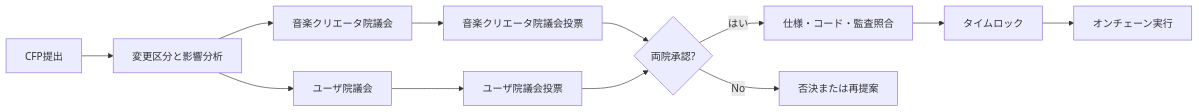
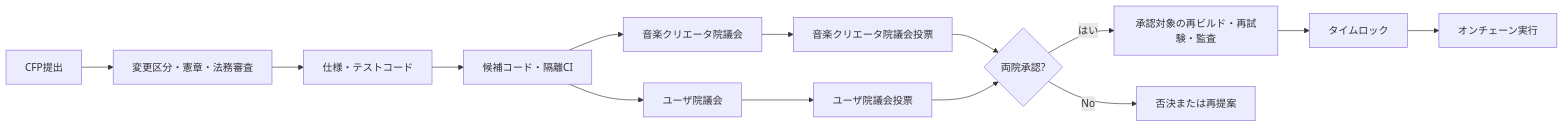
One commit to ShigeichiroYamasaki/creator-first-platform changed the first of 2 diagrams in docs/governance/index.md. Above: the diagram before and after it, drawn with Mermaid. The commit also changed other lines of this file and 23 other files, not shown here.

````diff
--- a/docs/governance/index.md
+++ b/docs/governance/index.md
@@ -26,19 +26,21 @@
 ```mermaid
 flowchart LR
     CFP[CFP提出]
-    CLASS[変更区分と影響分析]
+    PRE[変更区分・憲章・法務審査]
+    SPEC[仕様・テストコード]
+    CANDIDATE[候補コード・隔離CI]
     CH[音楽クリエータ院議会]
     UH[ユーザ院議会]
     CV[音楽クリエータ院議会投票]
     UV[ユーザ院議会投票]
     JOINT{両院承認?}
-    VERIFY[仕様・コード・監査照合]
+    VERIFY[承認対象の再ビルド・再試験・監査]
     TIME[タイムロック]
     EXEC[オンチェーン実行]
 
-    CFP --> CLASS
-    CLASS --> CH --> CV --> JOINT
-    CLASS --> UH --> UV --> JOINT
+    CFP --> PRE --> SPEC --> CANDIDATE
+    CANDIDATE --> CH --> CV --> JOINT
+    CANDIDATE --> UH --> UV --> JOINT
     JOINT -->|はい| VERIFY --> TIME --> EXEC
     JOINT -->|No| REWORK[否決または再提案]
 ```
````
